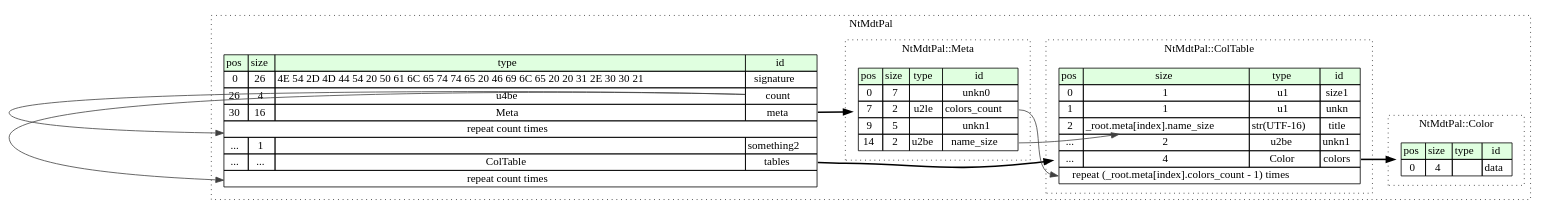
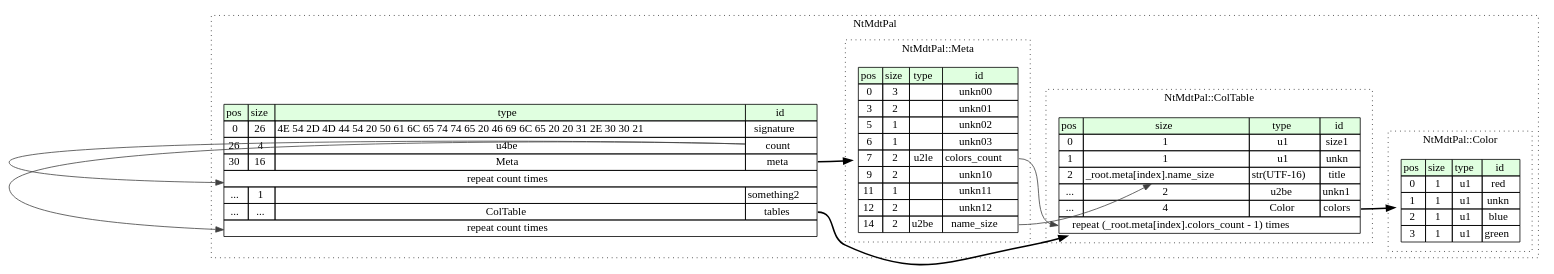
The diagram in nt_mdt_pal/src/graphviz/nt_mdt_pal.dot (kaitai-io/formats-kaitai-io.github.io), drawn with Graphviz before and after one commit. The commit also changed 359 other files, not shown here.

```diff
--- a/nt_mdt_pal/src/graphviz/nt_mdt_pal.dot
+++ b/nt_mdt_pal/src/graphviz/nt_mdt_pal.dot
@@ -1,61 +1,69 @@
 digraph {
 	rankdir=LR;
 	node [shape=plaintext];
 	subgraph cluster__nt_mdt_pal {
 		label="NtMdtPal";
 		graph[style=dotted];
 
 		nt_mdt_pal__seq [label=<<TABLE BORDER="0" CELLBORDER="1" CELLSPACING="0">
 			<TR><TD BGCOLOR="#E0FFE0">pos</TD><TD BGCOLOR="#E0FFE0">size</TD><TD BGCOLOR="#E0FFE0">type</TD><TD BGCOLOR="#E0FFE0">id</TD></TR>
 			<TR><TD PORT="signature_pos">0</TD><TD PORT="signature_size">26</TD><TD>4E 54 2D 4D 44 54 20 50 61 6C 65 74 74 65 20 46 69 6C 65 20 20 31 2E 30 30 21</TD><TD PORT="signature_type">signature</TD></TR>
 			<TR><TD PORT="count_pos">26</TD><TD PORT="count_size">4</TD><TD>u4be</TD><TD PORT="count_type">count</TD></TR>
 			<TR><TD PORT="meta_pos">30</TD><TD PORT="meta_size">16</TD><TD>Meta</TD><TD PORT="meta_type">meta</TD></TR>
 			<TR><TD COLSPAN="4" PORT="meta__repeat">repeat count times</TD></TR>
 			<TR><TD PORT="something2_pos">...</TD><TD PORT="something2_size">1</TD><TD></TD><TD PORT="something2_type">something2</TD></TR>
 			<TR><TD PORT="tables_pos">...</TD><TD PORT="tables_size">...</TD><TD>ColTable</TD><TD PORT="tables_type">tables</TD></TR>
 			<TR><TD COLSPAN="4" PORT="tables__repeat">repeat count times</TD></TR>
 		</TABLE>>];
 		subgraph cluster__meta {
 			label="NtMdtPal::Meta";
 			graph[style=dotted];
 
 			meta__seq [label=<<TABLE BORDER="0" CELLBORDER="1" CELLSPACING="0">
 				<TR><TD BGCOLOR="#E0FFE0">pos</TD><TD BGCOLOR="#E0FFE0">size</TD><TD BGCOLOR="#E0FFE0">type</TD><TD BGCOLOR="#E0FFE0">id</TD></TR>
-				<TR><TD PORT="unkn0_pos">0</TD><TD PORT="unkn0_size">7</TD><TD></TD><TD PORT="unkn0_type">unkn0</TD></TR>
+				<TR><TD PORT="unkn00_pos">0</TD><TD PORT="unkn00_size">3</TD><TD></TD><TD PORT="unkn00_type">unkn00</TD></TR>
+				<TR><TD PORT="unkn01_pos">3</TD><TD PORT="unkn01_size">2</TD><TD></TD><TD PORT="unkn01_type">unkn01</TD></TR>
+				<TR><TD PORT="unkn02_pos">5</TD><TD PORT="unkn02_size">1</TD><TD></TD><TD PORT="unkn02_type">unkn02</TD></TR>
+				<TR><TD PORT="unkn03_pos">6</TD><TD PORT="unkn03_size">1</TD><TD></TD><TD PORT="unkn03_type">unkn03</TD></TR>
 				<TR><TD PORT="colors_count_pos">7</TD><TD PORT="colors_count_size">2</TD><TD>u2le</TD><TD PORT="colors_count_type">colors_count</TD></TR>
-				<TR><TD PORT="unkn1_pos">9</TD><TD PORT="unkn1_size">5</TD><TD></TD><TD PORT="unkn1_type">unkn1</TD></TR>
+				<TR><TD PORT="unkn10_pos">9</TD><TD PORT="unkn10_size">2</TD><TD></TD><TD PORT="unkn10_type">unkn10</TD></TR>
+				<TR><TD PORT="unkn11_pos">11</TD><TD PORT="unkn11_size">1</TD><TD></TD><TD PORT="unkn11_type">unkn11</TD></TR>
+				<TR><TD PORT="unkn12_pos">12</TD><TD PORT="unkn12_size">2</TD><TD></TD><TD PORT="unkn12_type">unkn12</TD></TR>
 				<TR><TD PORT="name_size_pos">14</TD><TD PORT="name_size_size">2</TD><TD>u2be</TD><TD PORT="name_size_type">name_size</TD></TR>
 			</TABLE>>];
 		}
 		subgraph cluster__color {
 			label="NtMdtPal::Color";
 			graph[style=dotted];
 
 			color__seq [label=<<TABLE BORDER="0" CELLBORDER="1" CELLSPACING="0">
 				<TR><TD BGCOLOR="#E0FFE0">pos</TD><TD BGCOLOR="#E0FFE0">size</TD><TD BGCOLOR="#E0FFE0">type</TD><TD BGCOLOR="#E0FFE0">id</TD></TR>
-				<TR><TD PORT="data_pos">0</TD><TD PORT="data_size">4</TD><TD></TD><TD PORT="data_type">data</TD></TR>
+				<TR><TD PORT="red_pos">0</TD><TD PORT="red_size">1</TD><TD>u1</TD><TD PORT="red_type">red</TD></TR>
+				<TR><TD PORT="unkn_pos">1</TD><TD PORT="unkn_size">1</TD><TD>u1</TD><TD PORT="unkn_type">unkn</TD></TR>
+				<TR><TD PORT="blue_pos">2</TD><TD PORT="blue_size">1</TD><TD>u1</TD><TD PORT="blue_type">blue</TD></TR>
+				<TR><TD PORT="green_pos">3</TD><TD PORT="green_size">1</TD><TD>u1</TD><TD PORT="green_type">green</TD></TR>
 			</TABLE>>];
 		}
 		subgraph cluster__col_table {
 			label="NtMdtPal::ColTable";
 			graph[style=dotted];
 
 			col_table__seq [label=<<TABLE BORDER="0" CELLBORDER="1" CELLSPACING="0">
 				<TR><TD BGCOLOR="#E0FFE0">pos</TD><TD BGCOLOR="#E0FFE0">size</TD><TD BGCOLOR="#E0FFE0">type</TD><TD BGCOLOR="#E0FFE0">id</TD></TR>
 				<TR><TD PORT="size1_pos">0</TD><TD PORT="size1_size">1</TD><TD>u1</TD><TD PORT="size1_type">size1</TD></TR>
 				<TR><TD PORT="unkn_pos">1</TD><TD PORT="unkn_size">1</TD><TD>u1</TD><TD PORT="unkn_type">unkn</TD></TR>
 				<TR><TD PORT="title_pos">2</TD><TD PORT="title_size">_root.meta[index].name_size</TD><TD>str(UTF-16)</TD><TD PORT="title_type">title</TD></TR>
 				<TR><TD PORT="unkn1_pos">...</TD><TD PORT="unkn1_size">2</TD><TD>u2be</TD><TD PORT="unkn1_type">unkn1</TD></TR>
 				<TR><TD PORT="colors_pos">...</TD><TD PORT="colors_size">4</TD><TD>Color</TD><TD PORT="colors_type">colors</TD></TR>
 				<TR><TD COLSPAN="4" PORT="colors__repeat">repeat (_root.meta[index].colors_count - 1) times</TD></TR>
 			</TABLE>>];
 		}
 	}
 	nt_mdt_pal__seq:meta_type -> meta__seq [style=bold];
 	nt_mdt_pal__seq:count_type -> nt_mdt_pal__seq:meta__repeat [color="#404040"];
 	nt_mdt_pal__seq:tables_type -> col_table__seq [style=bold];
 	nt_mdt_pal__seq:count_type -> nt_mdt_pal__seq:tables__repeat [color="#404040"];
 	meta__seq:name_size_type -> col_table__seq:title_size [color="#404040"];
 	col_table__seq:colors_type -> color__seq [style=bold];
 	meta__seq:colors_count_type -> col_table__seq:colors__repeat [color="#404040"];
 }
```
